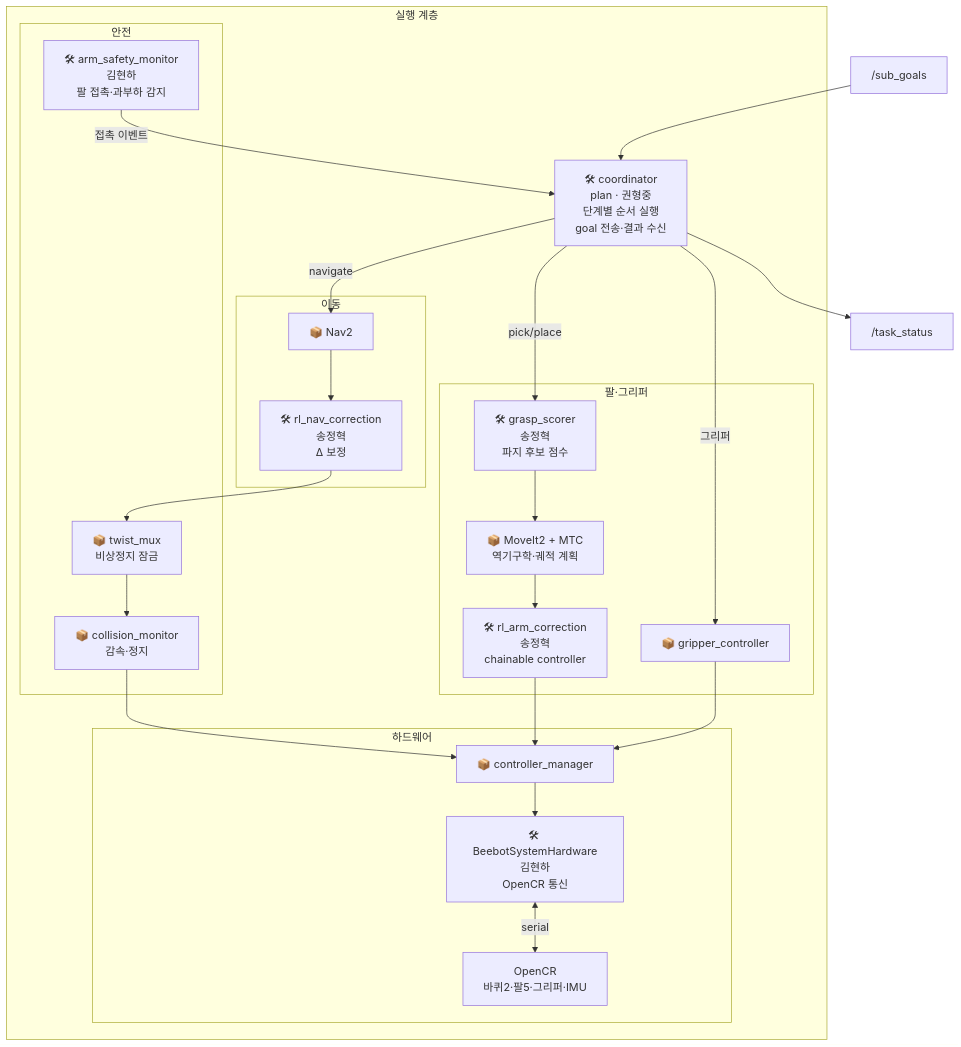
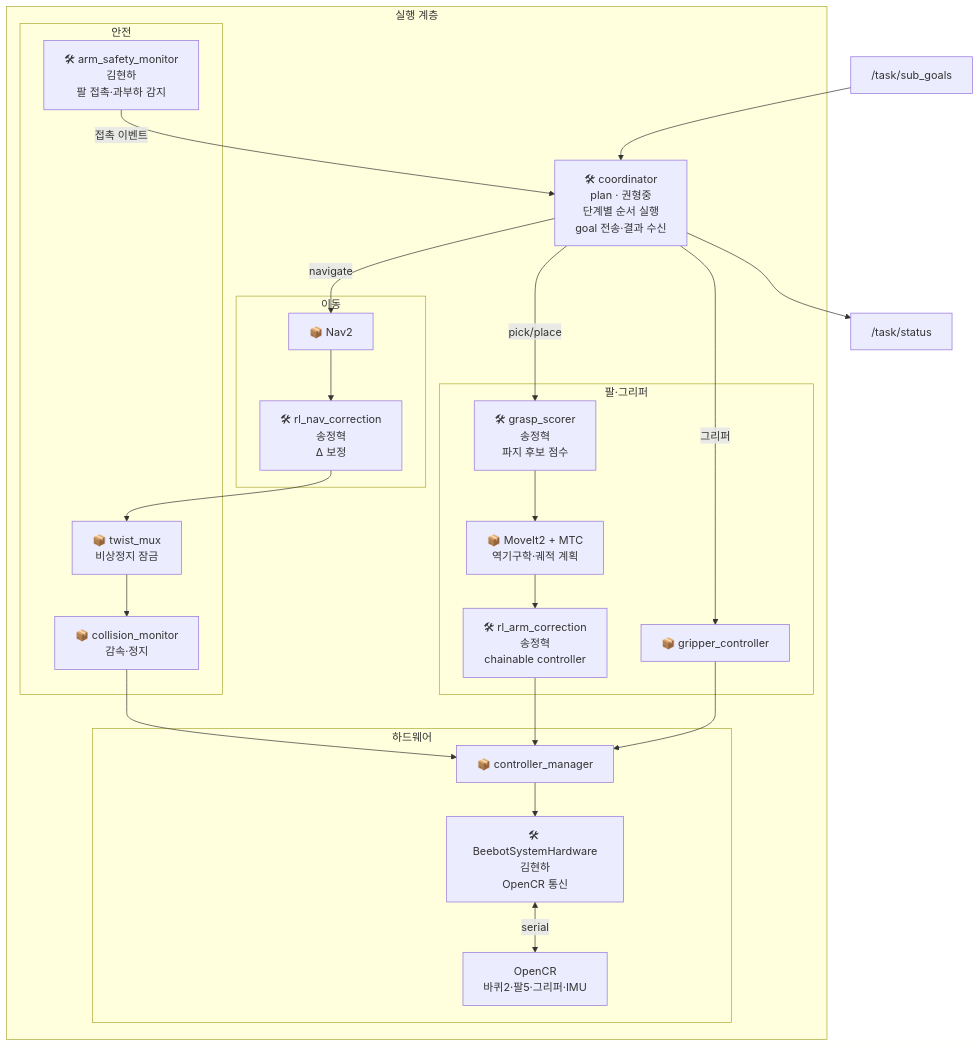
Before and after one commit to SeungHye-J/Lv2_bee_Assignment: the sixth of 7 diagrams in documents/mission/scenario/08-nodes-per-phase.md, drawn with Mermaid. The commit also changed other lines of this file and 25 other files, not shown here.

````diff
--- a/documents/mission/scenario/08-nodes-per-phase.md
+++ b/documents/mission/scenario/08-nodes-per-phase.md
@@ -227,38 +227,38 @@
 ```mermaid
 flowchart TD
     subgraph EXEC["실행 계층"]
         CO3["🛠 coordinator\nplan · 권형중\n단계별 순서 실행\ngoal 전송·결과 수신"]
 
         subgraph NAV_LAYER["이동"]
             NAV3["📦 Nav2"]
             RLN3["🛠 rl_nav_correction\n송정혁\nΔ 보정"]
         end
 
         subgraph ARM_LAYER["팔·그리퍼"]
             MV3["📦 MoveIt2 + MTC\n역기구학·궤적 계획"]
             RLA3["🛠 rl_arm_correction\n송정혁\nchainable controller"]
             GR3["📦 gripper_controller"]
             GS3["🛠 grasp_scorer\n송정혁\n파지 후보 점수"]
         end
 
         subgraph SAFE_LAYER["안전"]
             ASM3["🛠 arm_safety_monitor\n김현하\n팔 접촉·과부하 감지"]
             COL3["📦 collision_monitor\n감속·정지"]
             MUX3["📦 twist_mux\n비상정지 잠금"]
         end
 
         subgraph HW_LAYER["하드웨어"]
             CM3["📦 controller_manager"]
             HW3["🛠 BeebotSystemHardware\n김현하\nOpenCR 통신"]
             OCR["OpenCR\n바퀴2·팔5·그리퍼·IMU"]
         end
     end
 
-    SUBG3["/sub_goals"] --> CO3
+    SUBG3["/task/sub_goals"] --> CO3
     CO3 -->|navigate| NAV3 --> RLN3 --> MUX3 --> COL3 --> CM3
     CO3 -->|pick/place| GS3 --> MV3 --> RLA3 --> CM3
     CO3 -->|그리퍼| GR3 --> CM3
     CM3 --> HW3 <-->|serial| OCR
     ASM3 -->|접촉 이벤트| CO3
-    CO3 --> STATUS3["/task_status"]
+    CO3 --> STATUS3["/task/status"]
 ```
````
